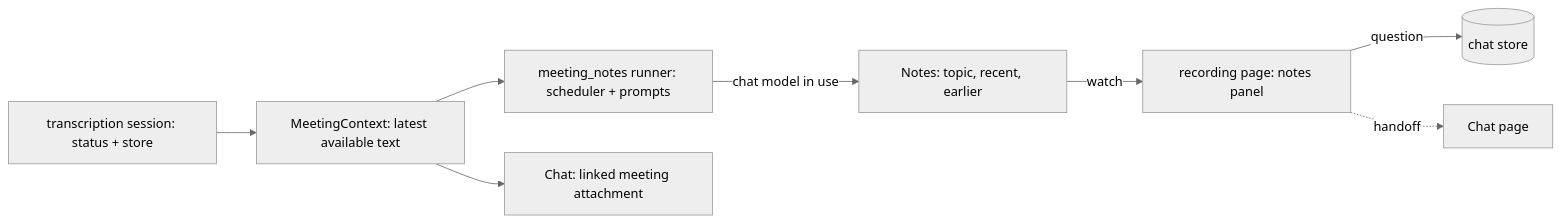
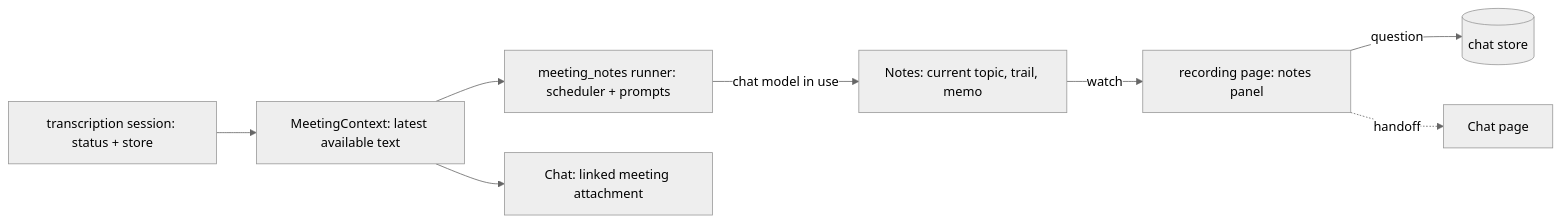
Before and after one commit to fang2hou/dito: the third of 3 diagrams in docs/ARCHITECTURE.md, drawn with Mermaid (neutral theme). The commit also changed other lines of this file and 14 other files, not shown here.

````diff
--- a/docs/ARCHITECTURE.md
+++ b/docs/ARCHITECTURE.md
@@ -96,10 +96,10 @@
 ```mermaid
 flowchart LR
     Session[transcription session: status + store] --> Context[MeetingContext: latest available text]
     Context --> Runner[meeting_notes runner: scheduler + prompts]
-    Runner -- chat model in use --> Notes[Notes: topic, recent, earlier]
+    Runner -- chat model in use --> Notes[Notes: current topic, trail, memo]
     Notes -- watch --> Panel[recording page: notes panel]
     Panel -- question --> ChatStore[(chat store)]
     Context --> Attach[Chat: linked meeting attachment]
     Panel -. handoff .-> Chat[Chat page]
 ```
````
